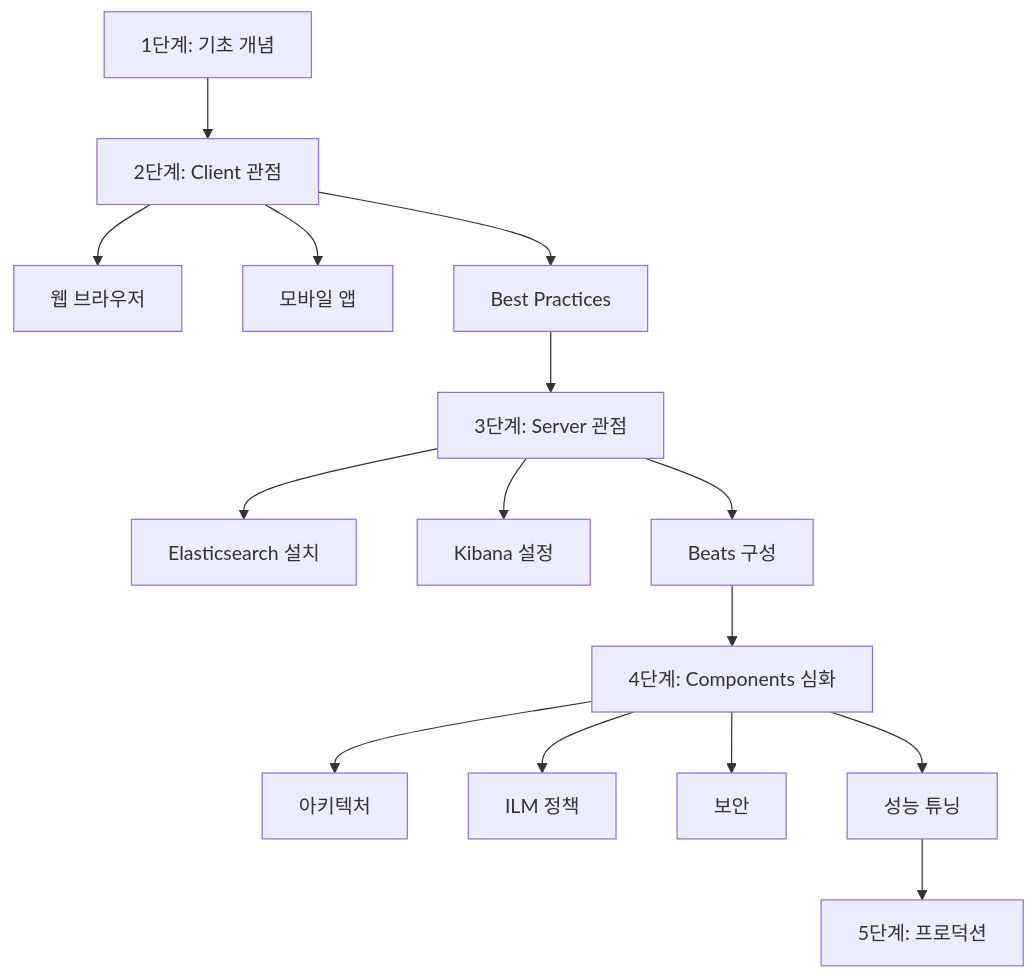
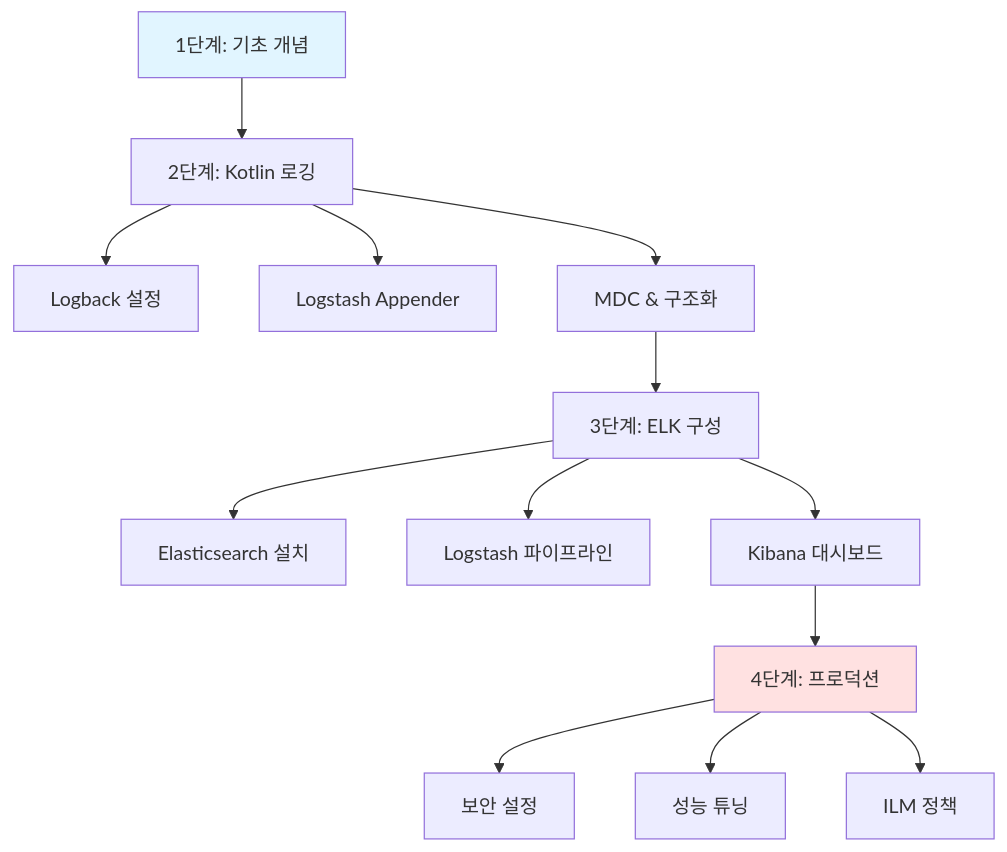
The third of 4 diagrams in study/ELK/README.md (adszzz11/study), drawn with Mermaid before and after one commit. The commit also changed other lines of this file and 11 other files, not shown here.

````diff
--- a/study/ELK/README.md
+++ b/study/ELK/README.md
@@ -162,20 +153,20 @@
 ```mermaid
 graph TD
-    A[1단계: 기초 개념] --> B[2단계: Client 관점]
-    B --> C[웹 브라우저]
-    B --> D[모바일 앱]
-    B --> E[Best Practices]
+    A[1단계: 기초 개념] --> B[2단계: Kotlin 로깅]
+    B --> C[Logback 설정]
+    B --> D[Logstash Appender]
+    B --> E[MDC & 구조화]
 
-    E --> F[3단계: Server 관점]
+    E --> F[3단계: ELK 구성]
     F --> G[Elasticsearch 설치]
-    F --> H[Kibana 설정]
-    F --> I[Beats 구성]
+    F --> H[Logstash 파이프라인]
+    F --> I[Kibana 대시보드]
 
-    I --> J[4단계: Components 심화]
-    J --> K[아키텍처]
-    J --> L[ILM 정책]
-    J --> M[보안]
-    J --> N[성능 튜닝]
+    I --> J[4단계: 프로덕션]
+    J --> K[보안 설정]
+    J --> L[성능 튜닝]
+    J --> M[ILM 정책]
 
-    N --> O[5단계: 프로덕션]
+    style A fill:#e1f5ff
+    style J fill:#ffe1e1
 ```
````
